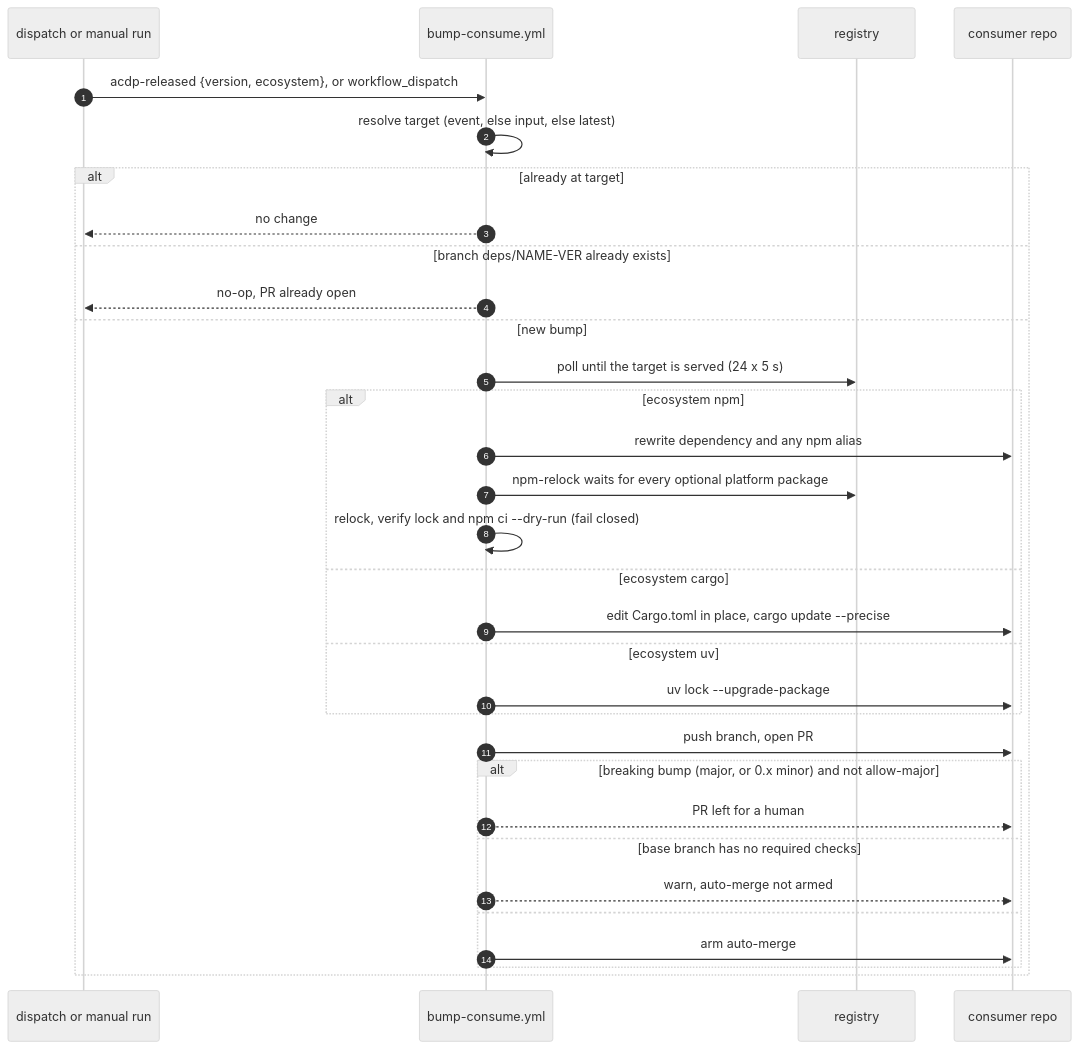
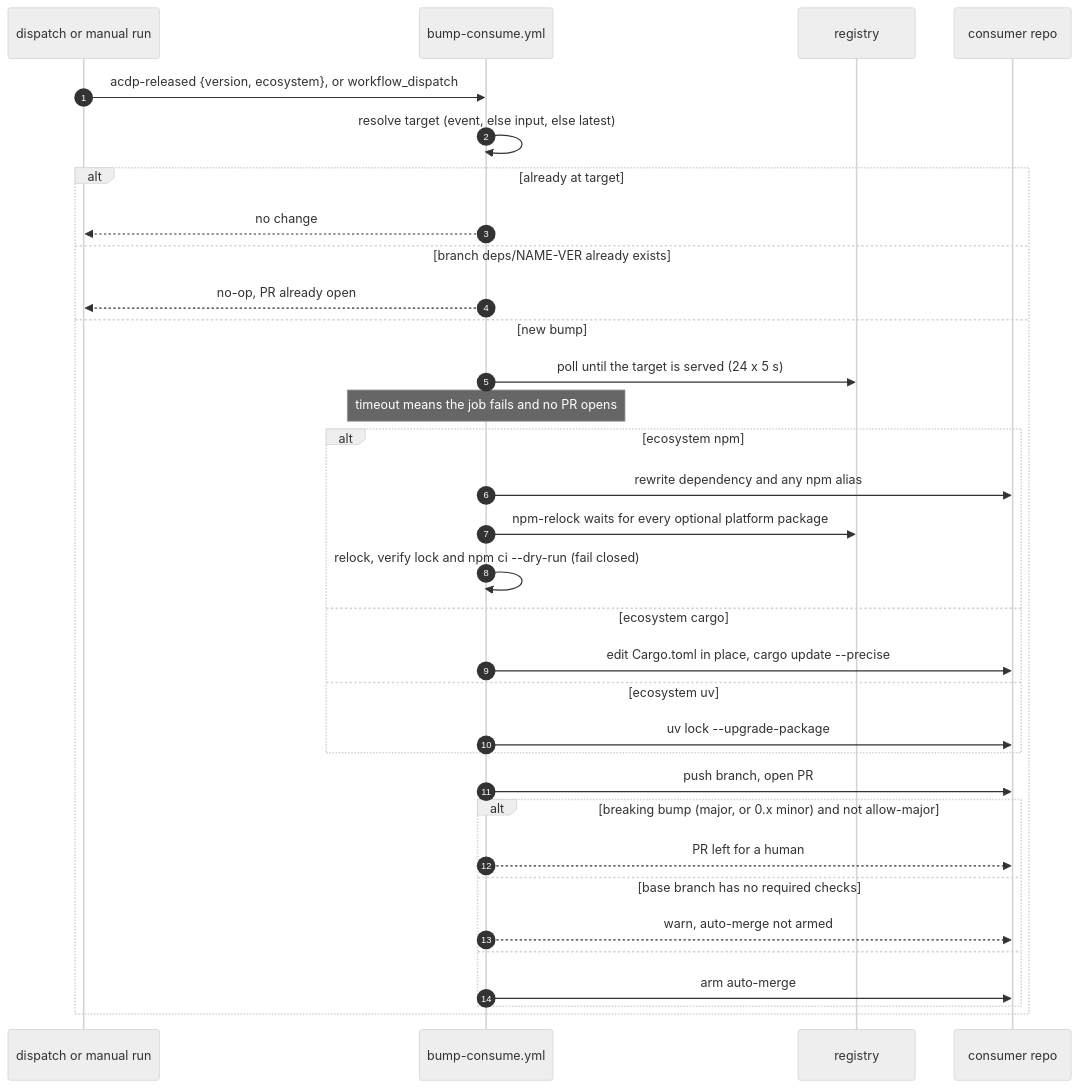
One commit to agentcontextdistributionprotocol/acdp-ci changed the second of 3 diagrams in DELIVERY-STANDARD.md. Above: the diagram before and after it, drawn with Mermaid (neutral theme). The commit also changed 2 other files, not shown here.

Commit message:
docs: wording nits from the final verifier pass
Claude-Session: https://claude.ai/code/session_01P3zdjvDu4ePBrMKNxk7TjT

````diff
--- a/DELIVERY-STANDARD.md
+++ b/DELIVERY-STANDARD.md
@@ -153,34 +153,35 @@
 ```mermaid
 sequenceDiagram
   autonumber
   participant D as dispatch or manual run
   participant B as bump-consume.yml
   participant R as registry
   participant C as consumer repo
   D->>B: acdp-released {version, ecosystem}, or workflow_dispatch
   B->>B: resolve target (event, else input, else latest)
   alt already at target
     B-->>D: no change
   else branch deps/NAME-VER already exists
     B-->>D: no-op, PR already open
   else new bump
     B->>R: poll until the target is served (24 x 5 s)
+    Note over B: timeout means the job fails and no PR opens
     alt ecosystem npm
       B->>C: rewrite dependency and any npm alias
       B->>R: npm-relock waits for every optional platform package
       B->>B: relock, verify lock and npm ci --dry-run (fail closed)
     else ecosystem cargo
       B->>C: edit Cargo.toml in place, cargo update --precise
     else ecosystem uv
       B->>C: uv lock --upgrade-package
     end
     B->>C: push branch, open PR
     alt breaking bump (major, or 0.x minor) and not allow-major
       B-->>C: PR left for a human
     else base branch has no required checks
       B-->>C: warn, auto-merge not armed
     else
       B->>C: arm auto-merge
     end
   end
 ```
````
